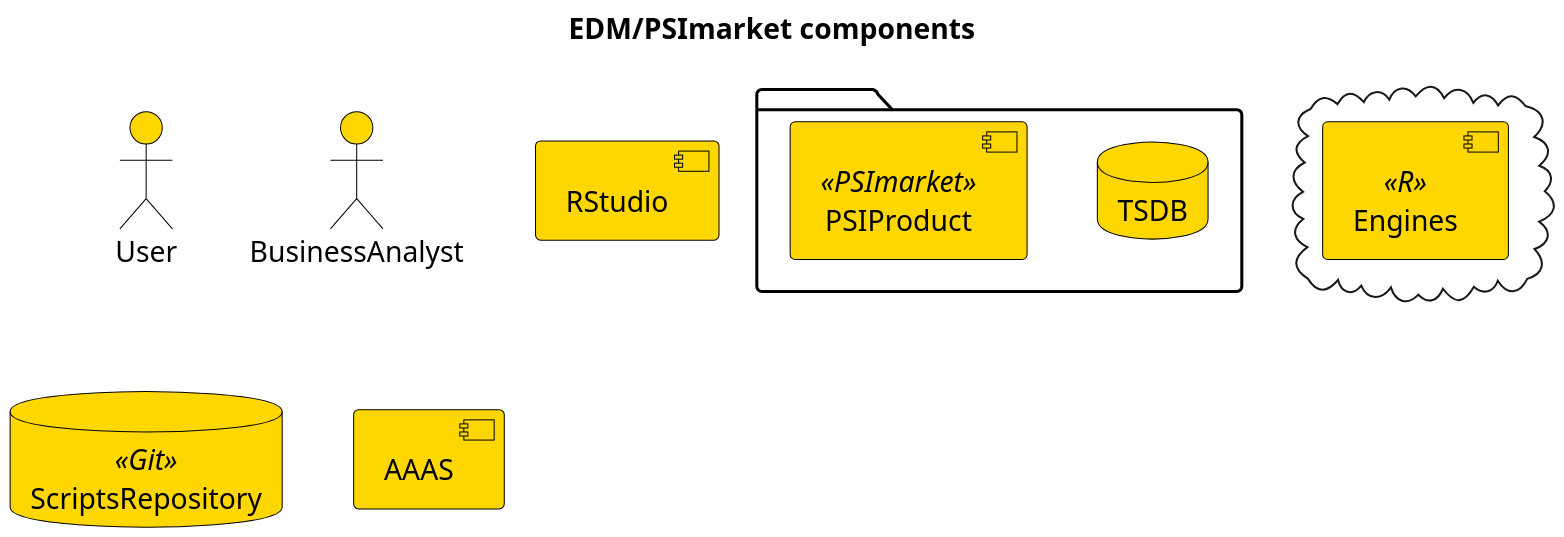
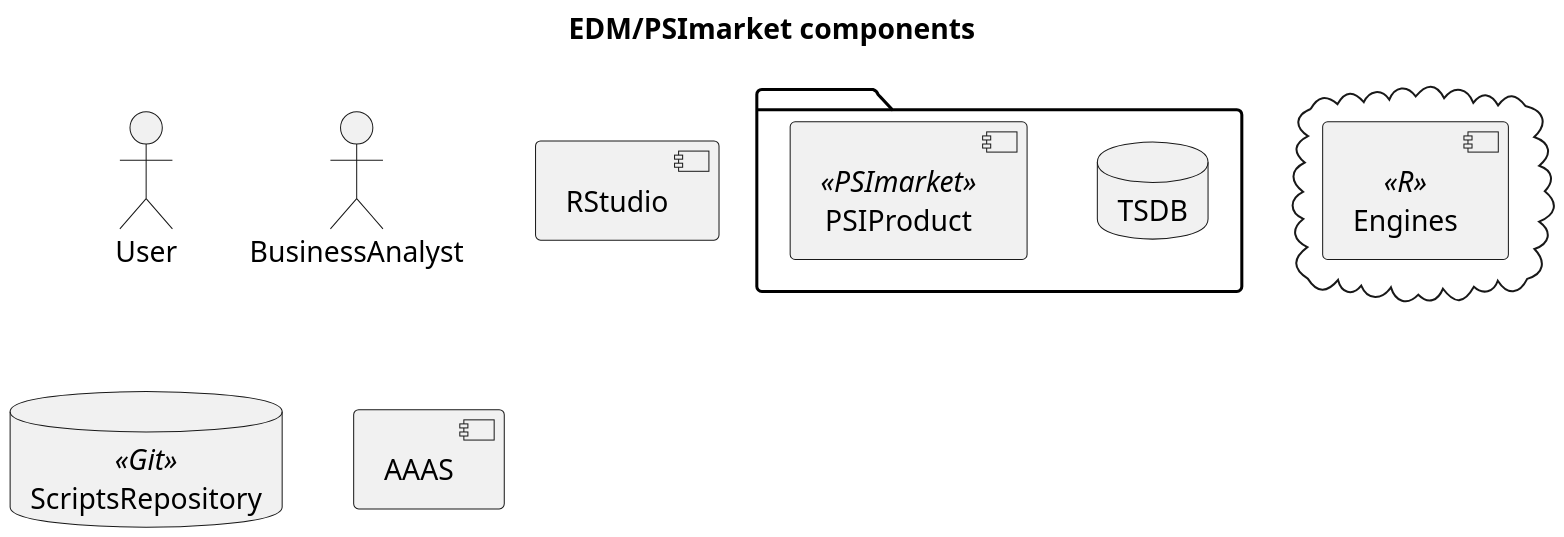
Before and after one commit to PSI-Polska/aaas-java6: the diagram in doc/4c/3.0 EDM components.plantuml, drawn with PlantUML. The commit also changed 10 other files, not shown here.

Commit message:
doc: describe diagrams

```diff
--- a/doc/4c/3.0 EDM components.plantuml
+++ b/doc/4c/3.0 EDM components.plantuml
@@ -1,37 +1,22 @@
 @startuml
 skinparam dpi 200
 
 title EDM/PSImarket components
 
 actor User
 actor BusinessAnalyst as BA
 package {
     database TSDB as tsdb
     component PSIProduct as PSI <<PSImarket>>
 }
 component RStudio as rstdio
 database ScriptsRepository as scripts <<Git>>
 component AAAS as 3as
 cloud {
     component Engines as engine <<R>>
 }
 
 ' No point in providing AIORAE components - it is far from beeing fided.
 ' TOOD draw components based on original image and add narration.
 
-skinparam actor {
-  BorderColor black
-  BackgroundColor gold
-  ArrowColor black
-}
-skinparam component {
-  BorderColor black
-  BackgroundColor gold
-  ArrowColor black
-}
-skinparam database {
-  BorderColor black
-  BackgroundColor gold
-  ArrowColor black
-}
 @enduml
```
